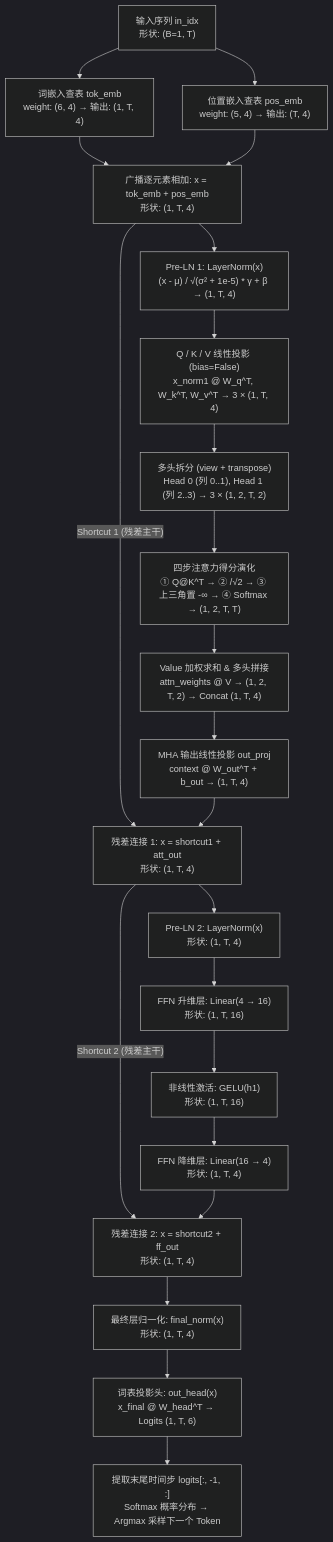
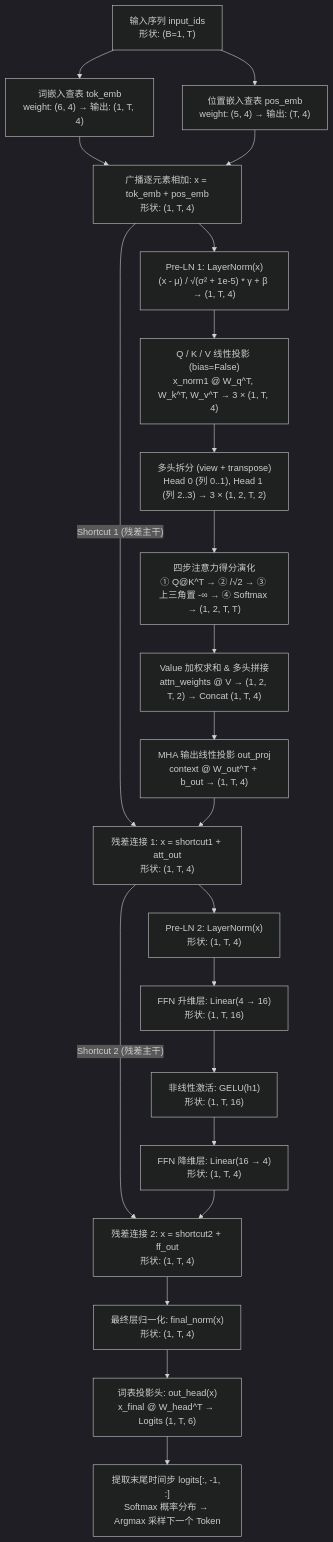
Before and after one commit to kuafu/LLMs-from-scratch: the diagram in gpt2toy/gpt2toy_dissection.md, drawn with Mermaid (dark theme). The commit also changed other lines of this file and 11 other files, not shown here.

````diff
--- a/gpt2toy/gpt2toy_dissection.md
+++ b/gpt2toy/gpt2toy_dissection.md
@@ -19,24 +19,24 @@
 ```mermaid
 flowchart TD
-    In["输入序列 in_idx<br/>形状: (B=1, T)"] --> TokEmb["词嵌入查表 tok_emb<br/>weight: (6, 4) → 输出: (1, T, 4)"]
+    In["输入序列 input_ids<br/>形状: (B=1, T)"] --> TokEmb["词嵌入查表 tok_emb<br/>weight: (6, 4) → 输出: (1, T, 4)"]
     In --> PosEmb["位置嵌入查表 pos_emb<br/>weight: (5, 4) → 输出: (T, 4)"]
     TokEmb --> AddEmb["广播逐元素相加: x = tok_emb + pos_emb<br/>形状: (1, T, 4)"]
     PosEmb --> AddEmb
     AddEmb --> LN1["Pre-LN 1: LayerNorm(x)<br/>(x - μ) / √(σ² + 1e-5) * γ + β → (1, T, 4)"]
     LN1 --> QKV["Q / K / V 线性投影 (bias=False)<br/>x_norm1 @ W_q^T, W_k^T, W_v^T → 3 × (1, T, 4)"]
     QKV --> Split["多头拆分 (view + transpose)<br/>Head 0 (列 0..1), Head 1 (列 2..3) → 3 × (1, 2, T, 2)"]
     Split --> Scores["四步注意力得分演化<br/>① Q@K^T → ② /√2 → ③ 上三角置 -∞ → ④ Softmax → (1, 2, T, T)"]
     Scores --> Context["Value 加权求和 & 多头拼接<br/>attn_weights @ V → (1, 2, T, 2) → Concat (1, T, 4)"]
     Context --> OutProj["MHA 输出线性投影 out_proj<br/>context @ W_out^T + b_out → (1, T, 4)"]
     AddEmb -- "Shortcut 1 (残差主干)" --> Res1["残差连接 1: x = shortcut1 + att_out<br/>形状: (1, T, 4)"]
     OutProj --> Res1
     Res1 --> LN2["Pre-LN 2: LayerNorm(x)<br/>形状: (1, T, 4)"]
     LN2 --> FFN1["FFN 升维层: Linear(4 → 16)<br/>形状: (1, T, 16)"]
     FFN1 --> GELU["非线性激活: GELU(h1)<br/>形状: (1, T, 16)"]
     GELU --> FFN2["FFN 降维层: Linear(16 → 4)<br/>形状: (1, T, 4)"]
     Res1 -- "Shortcut 2 (残差主干)" --> Res2["残差连接 2: x = shortcut2 + ff_out<br/>形状: (1, T, 4)"]
     FFN2 --> Res2
     Res2 --> FinalLN["最终层归一化: final_norm(x)<br/>形状: (1, T, 4)"]
     FinalLN --> OutHead["词表投影头: out_head(x)<br/>x_final @ W_head^T → Logits (1, T, 6)"]
     OutHead --> NextTok["提取末尾时间步 logits[:, -1, :]<br/>Softmax 概率分布 → Argmax 采样下一个 Token"]
 ```
````
